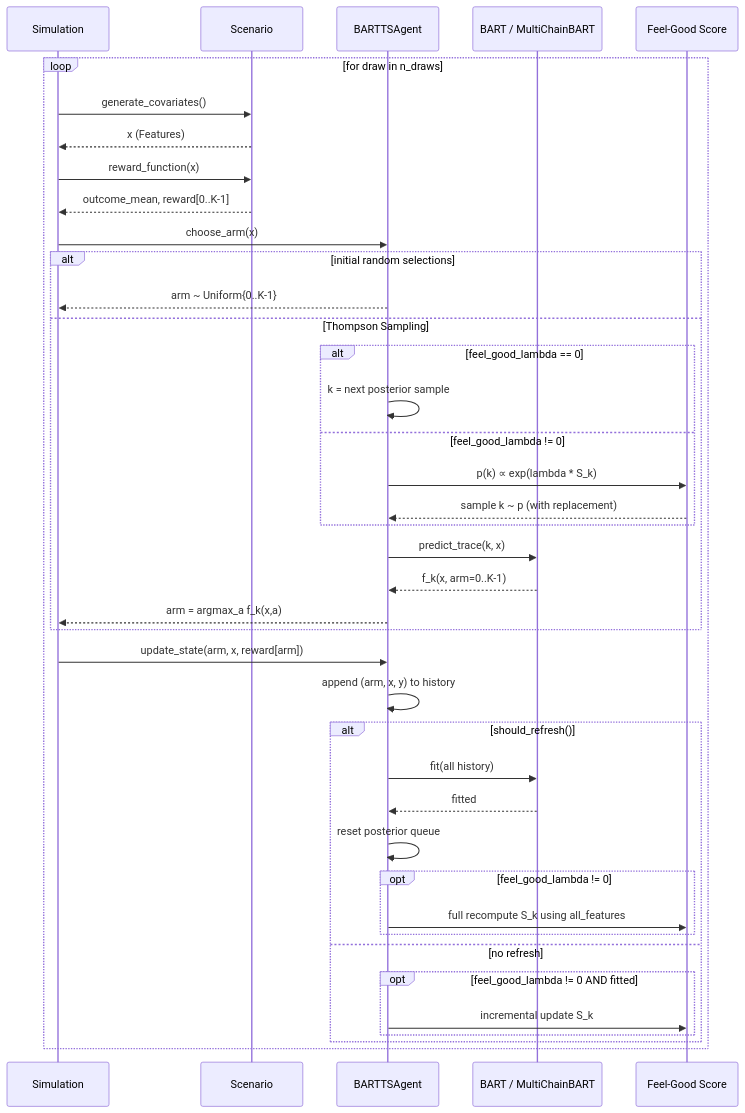
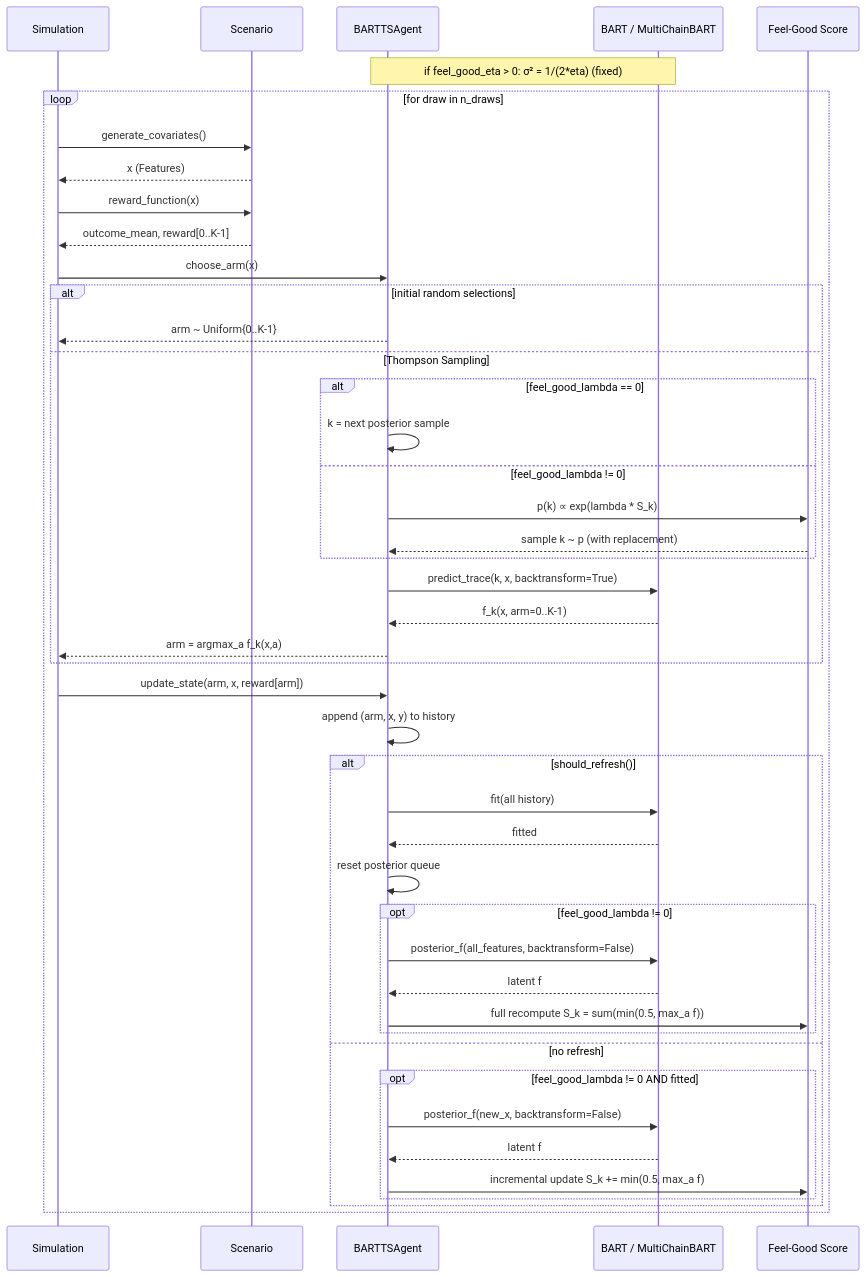
Before and after one commit to yanshuotan/bart-playground: the fifth of 5 diagrams in README.md, drawn with Mermaid. The commit also changed other lines of this file and 2 other files, not shown here.

Commit message:
Update README and tests for feel_good_eta parameter

````diff
--- a/README.md
+++ b/README.md
@@ -328,48 +328,54 @@
 ```mermaid
 sequenceDiagram
     participant Sim as Simulation
     participant Scen as Scenario
     participant Agent as BARTTSAgent
     participant Model as BART / MultiChainBART
     participant FG as Feel-Good Score
+
+    Note over Agent, Model: if feel_good_eta > 0: σ² = 1/(2*eta) (fixed)
 
     loop for draw in n_draws
         Sim->>Scen: generate_covariates()
         Scen-->>Sim: x (Features)
         Sim->>Scen: reward_function(x)
         Scen-->>Sim: outcome_mean, reward[0..K-1]
 
         Sim->>Agent: choose_arm(x)
 
         alt initial random selections 
             Agent-->>Sim: arm ~ Uniform{0..K-1}
         else Thompson Sampling
             alt feel_good_lambda == 0
                 Agent->>Agent: k = next posterior sample
             else feel_good_lambda != 0
                 Agent->>FG: p(k) ∝ exp(lambda * S_k)
                 FG-->>Agent: sample k ~ p (with replacement)
             end
 
-            Agent->>Model: predict_trace(k, x)
+            Agent->>Model: predict_trace(k, x, backtransform=True)
             Model-->>Agent: f_k(x, arm=0..K-1)
             Agent-->>Sim: arm = argmax_a f_k(x,a)
         end
 
         Sim->>Agent: update_state(arm, x, reward[arm])
         Agent->>Agent: append (arm, x, y) to history
 
         alt should_refresh()
             Agent->>Model: fit(all history)
             Model-->>Agent: fitted
             Agent->>Agent: reset posterior queue
             opt feel_good_lambda != 0
-                Agent->>FG: full recompute S_k using all_features
+                Agent->>Model: posterior_f(all_features, backtransform=False)
+                Model-->>Agent: latent f
+                Agent->>FG: full recompute S_k = sum(min(0.5, max_a f))
             end
         else no refresh
             opt feel_good_lambda != 0 AND fitted
-                Agent->>FG: incremental update S_k
+                Agent->>Model: posterior_f(new_x, backtransform=False)
+                Model-->>Agent: latent f
+                Agent->>FG: incremental update S_k += min(0.5, max_a f)
             end
         end
     end
 ```
````
